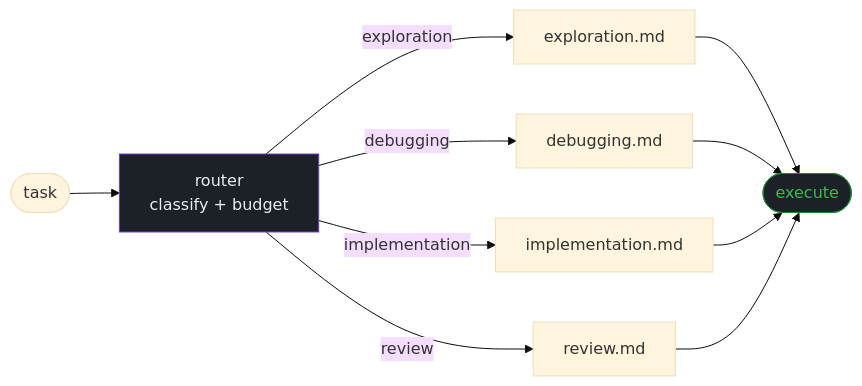
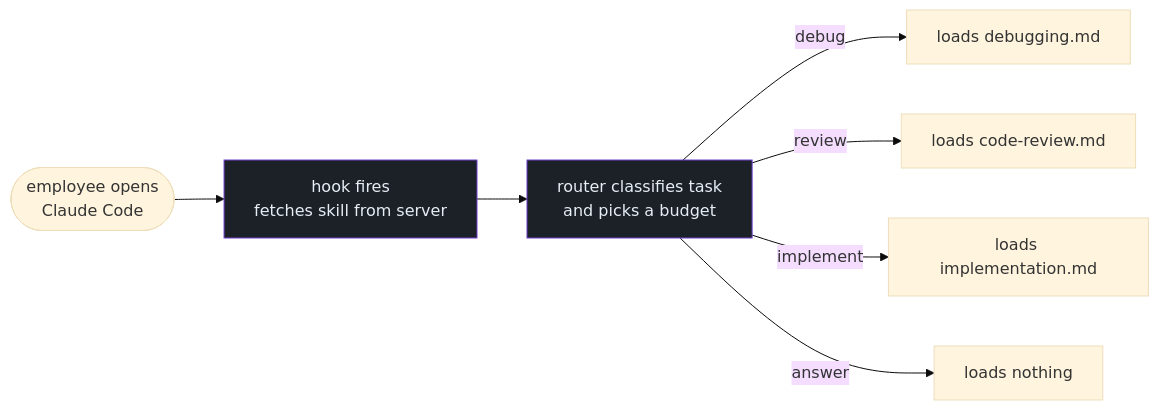
The diagram in README.md (12122J/tokenwise), drawn with Mermaid (base theme) before and after one commit. The commit also changed other lines of this file and 11 other files, not shown here.

````diff
--- a/README.md
+++ b/README.md
@@ -15,11 +13,11 @@
 ```mermaid
 flowchart LR
-    A([task]) --> B[router\nclassify + budget]
-    B -->|exploration| C[exploration.md]
-    B -->|debugging| D[debugging.md]
-    B -->|implementation| E[implementation.md]
-    B -->|review| F[review.md]
-    C & D & E & F --> G([execute])
+    A([employee opens\nClaude Code]) --> B[hook fires\nfetches skill from server]
+    B --> C[router classifies task\nand picks a budget]
+    C -->|debug| D[loads debugging.md]
+    C -->|review| E[loads code-review.md]
+    C -->|implement| F[loads implementation.md]
+    C -->|answer| G[loads nothing]
     style B fill:#1c2128,stroke:#6e40c9,color:#e6edf3
-    style G fill:#1c2128,stroke:#238636,color:#3fb950
+    style C fill:#1c2128,stroke:#6e40c9,color:#e6edf3
 ```
````
